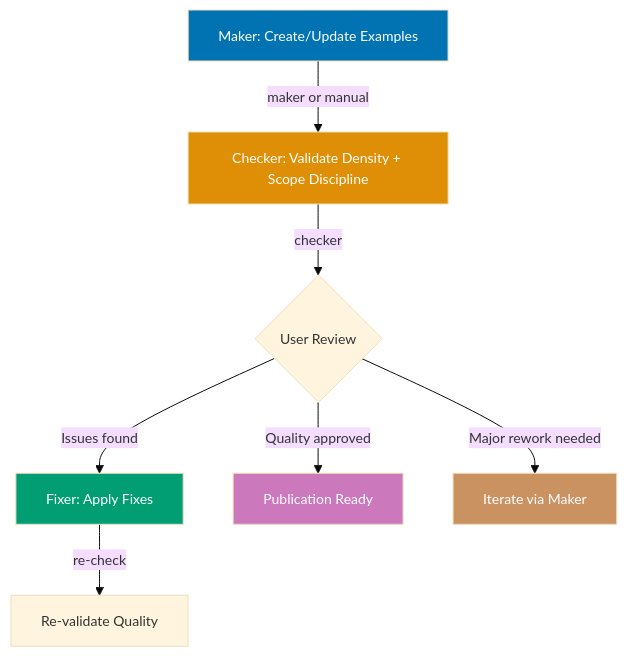
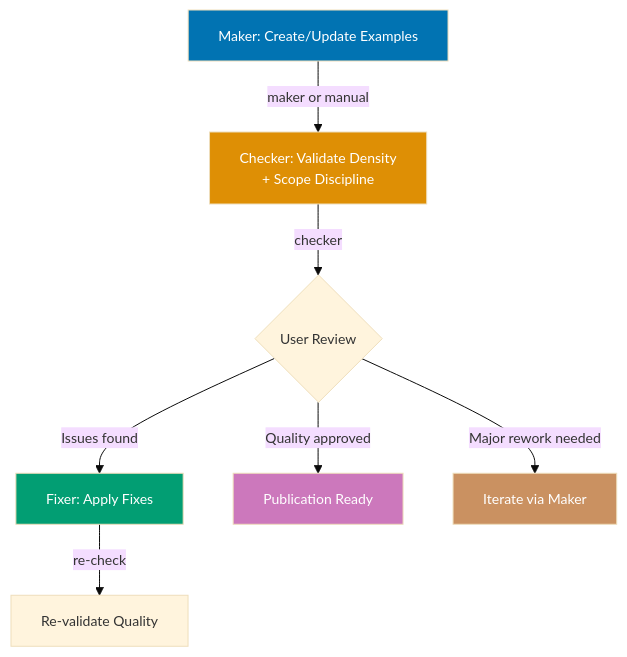
One commit to wahidyankf/baseerah changed the first of 2 diagrams in repo-governance/workflows/ayokoding-web/ayokoding-web-primer-quality-gate.md. Above: the diagram before and after it, drawn with Mermaid. The commit also changed 20 other files, not shown here.

First line of the commit message:
fix(docs): remediate mermaid violations surfaced by the detect_kind fix

````diff
--- a/repo-governance/workflows/ayokoding-web/ayokoding-web-primer-quality-gate.md
+++ b/repo-governance/workflows/ayokoding-web/ayokoding-web-primer-quality-gate.md
@@ -124,16 +124,16 @@
 ```mermaid
 %%{init: {'theme':'base', 'themeVariables': { 'fontSize':'14px'}}}%%
 graph TB
-    A[Maker: Create/Update Examples] -- maker or manual --> B[Checker: Validate Density + Scope Discipline]
+    A[Maker: Create/Update Examples] -- maker or manual --> B[Checker: Validate Density<br/>+ Scope Discipline]
     B -- checker --> C{User Review}
     C -- Issues found --> D[Fixer: Apply Fixes]
     D -- re-check --> E[Re-validate Quality]
     C -- Quality approved --> F[Publication Ready]
     C -- Major rework needed --> G[Iterate via Maker]
 
     style A fill:#0173B2,color:#fff
     style B fill:#DE8F05,color:#fff
     style D fill:#029E73,color:#fff
     style F fill:#CC78BC,color:#fff
     style G fill:#CA9161,color:#fff
 ```
````
